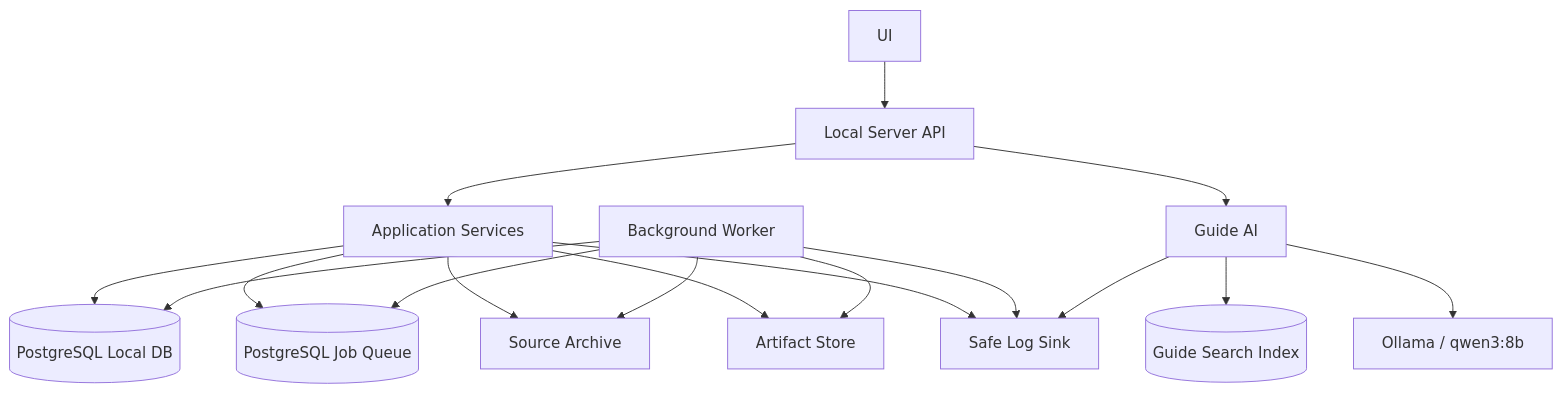
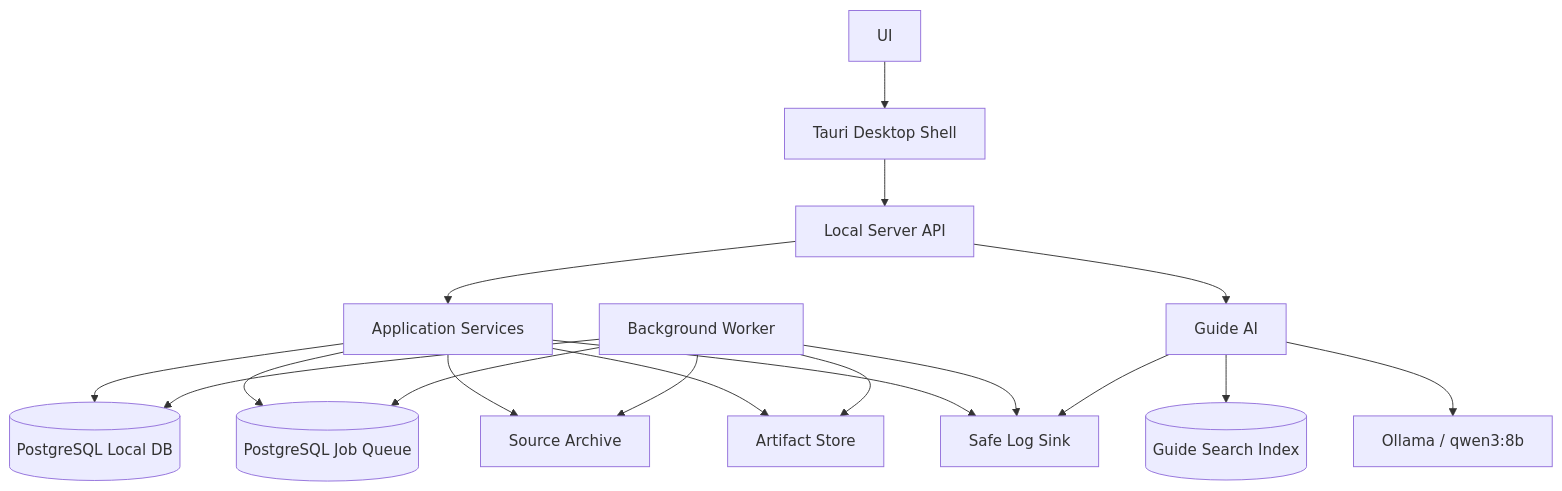
One commit to fumiya-data/labor-lens changed the first of 6 diagrams in docs/product/ARCHITECTURE.md. Above: the diagram before and after it, drawn with Mermaid. The commit also changed other lines of this file and 30 other files, not shown here.

````diff
--- a/docs/product/ARCHITECTURE.md
+++ b/docs/product/ARCHITECTURE.md
@@ -87,32 +90,34 @@
 ```mermaid
 flowchart TD
     UI[UI]
+    TAURI[Tauri Desktop Shell]
     API[Local Server API]
     APP[Application Services]
     DB[(PostgreSQL Local DB)]
     JOBQ[(PostgreSQL Job Queue)]
     WORKER[Background Worker]
     SOURCE[Source Archive]
     ARTIFACT[Artifact Store]
     GUIDE[Guide AI]
     INDEX[(Guide Search Index)]
     OLLAMA[Ollama / qwen3:8b]
     LOG[Safe Log Sink]
 
-    UI --> API
+    UI --> TAURI
+    TAURI --> API
     API --> APP
     APP --> DB
     APP --> JOBQ
     APP --> SOURCE
     APP --> ARTIFACT
     WORKER --> JOBQ
     WORKER --> DB
     WORKER --> SOURCE
     WORKER --> ARTIFACT
     API --> GUIDE
     GUIDE --> INDEX
     GUIDE --> OLLAMA
     APP --> LOG
     WORKER --> LOG
     GUIDE --> LOG
 ```
````
